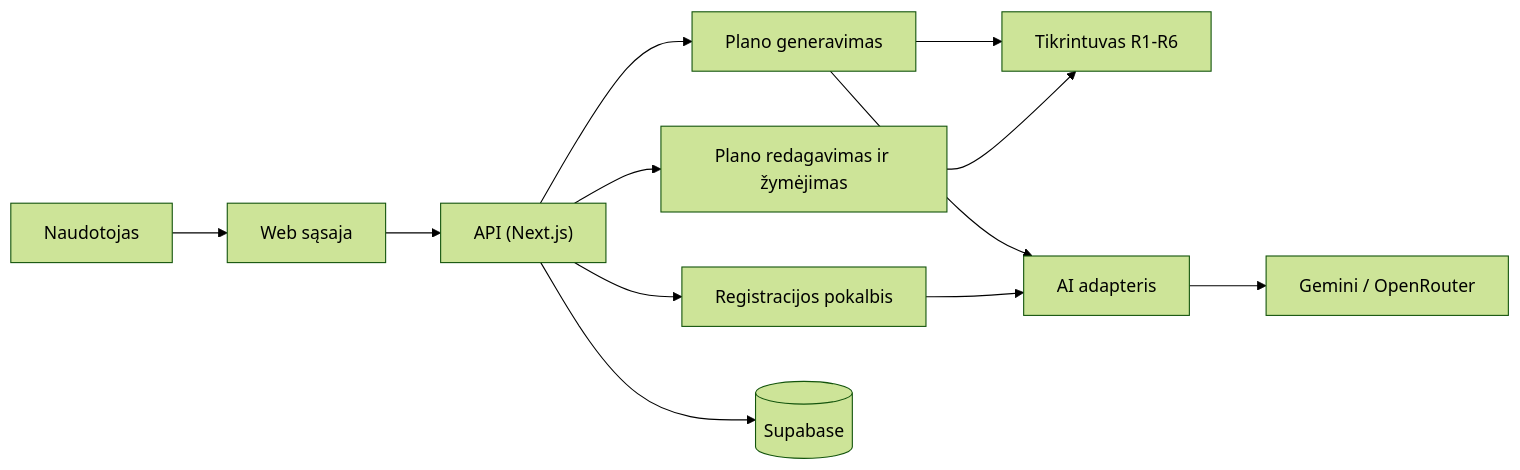
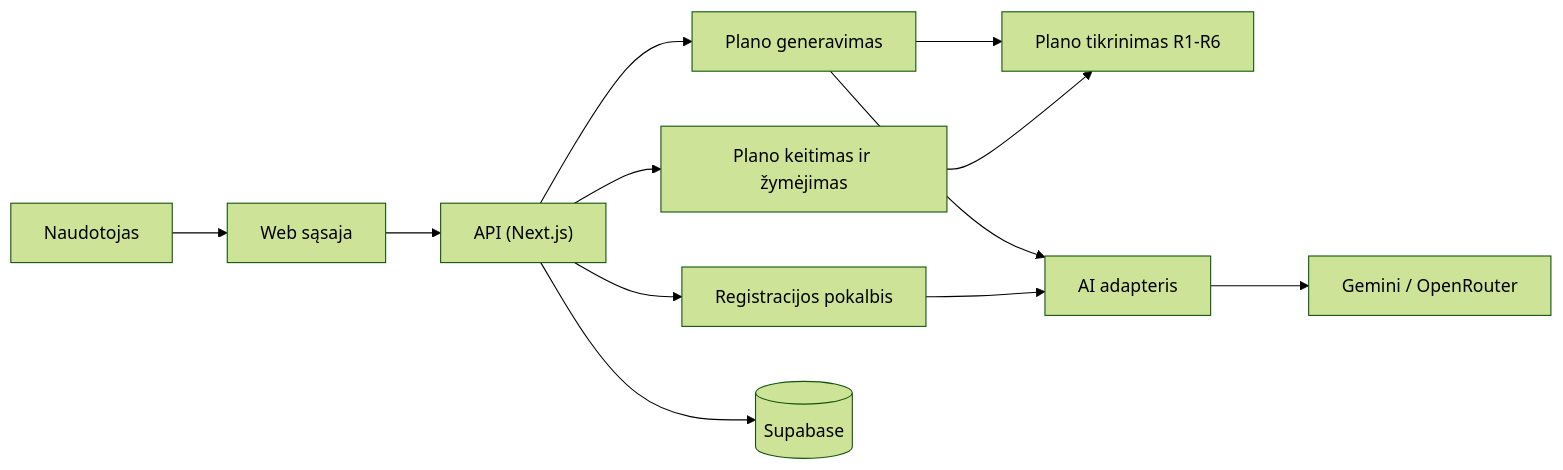
Before and after one commit to Vilkanec/spotter: the diagram in projektavimo-dokumentas.md, drawn with Mermaid (forest theme). The commit also changed other lines of this file, not shown here.

````diff
--- a/projektavimo-dokumentas.md
+++ b/projektavimo-dokumentas.md
@@ -95,14 +95,14 @@
 ```mermaid
 flowchart LR
     U["Naudotojas"] --> FE["Web sąsaja"]
     FE --> API["API (Next.js)"]
     API --> ONB["Registracijos pokalbis"]
     API --> GEN["Plano generavimas"]
-    API --> PLAN["Plano redagavimas ir žymėjimas"]
-    GEN --> VAL["Tikrintuvas R1-R6"]
+    API --> PLAN["Plano keitimas ir žymėjimas"]
+    GEN --> VAL["Plano tikrinimas R1-R6"]
     PLAN --> VAL
     GEN --> ADP["AI adapteris"]
     ONB --> ADP
     ADP --> LLM["Gemini / OpenRouter"]
     API --> DB[("Supabase")]
 ```
````
